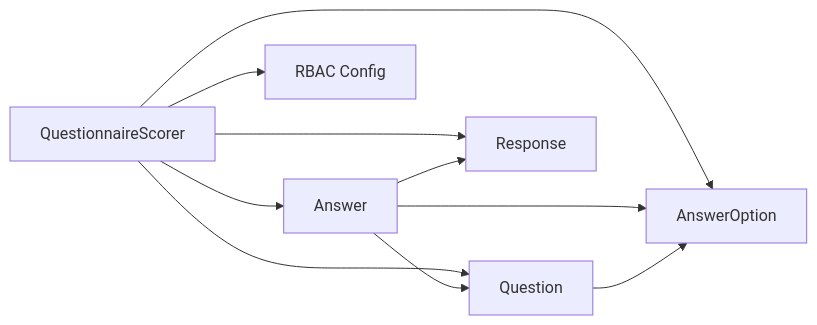
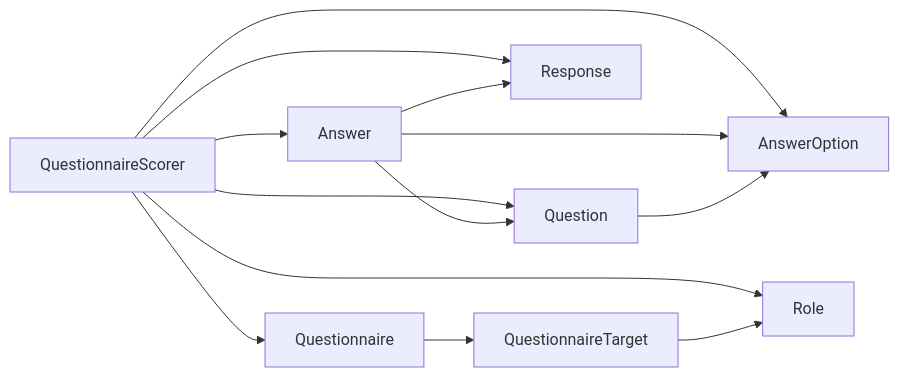
Before and after one commit to rudicatsmile/assesment360: the fifth of 5 diagrams in .qoder/repowiki/en/content/Services & Utilities/Assessment Scoring Services.md, drawn with Mermaid. The commit also changed other lines of this file and 6 other files, not shown here.

````diff
--- a/.qoder/repowiki/en/content/Services & Utilities/Assessment Scoring Services.md
+++ b/.qoder/repowiki/en/content/Services & Utilities/Assessment Scoring Services.md
@@ -306,12 +400,15 @@
 ```mermaid
 graph LR
 Scorer["QuestionnaireScorer"] --> AnswerModel["Answer"]
 Scorer --> QuestionModel["Question"]
 Scorer --> AnswerOptionModel["AnswerOption"]
 Scorer --> ResponseModel["Response"]
-Scorer --> RBAC["RBAC Config"]
+Scorer --> QuestionnaireModel["Questionnaire"]
+Scorer --> RoleModel["Role"]
 AnswerModel --> ResponseModel
 AnswerModel --> QuestionModel
 AnswerModel --> AnswerOptionModel
 QuestionModel --> AnswerOptionModel
+QuestionnaireModel --> QuestionnaireTargetModel["QuestionnaireTarget"]
+QuestionnaireTargetModel --> RoleModel
 ```
````
